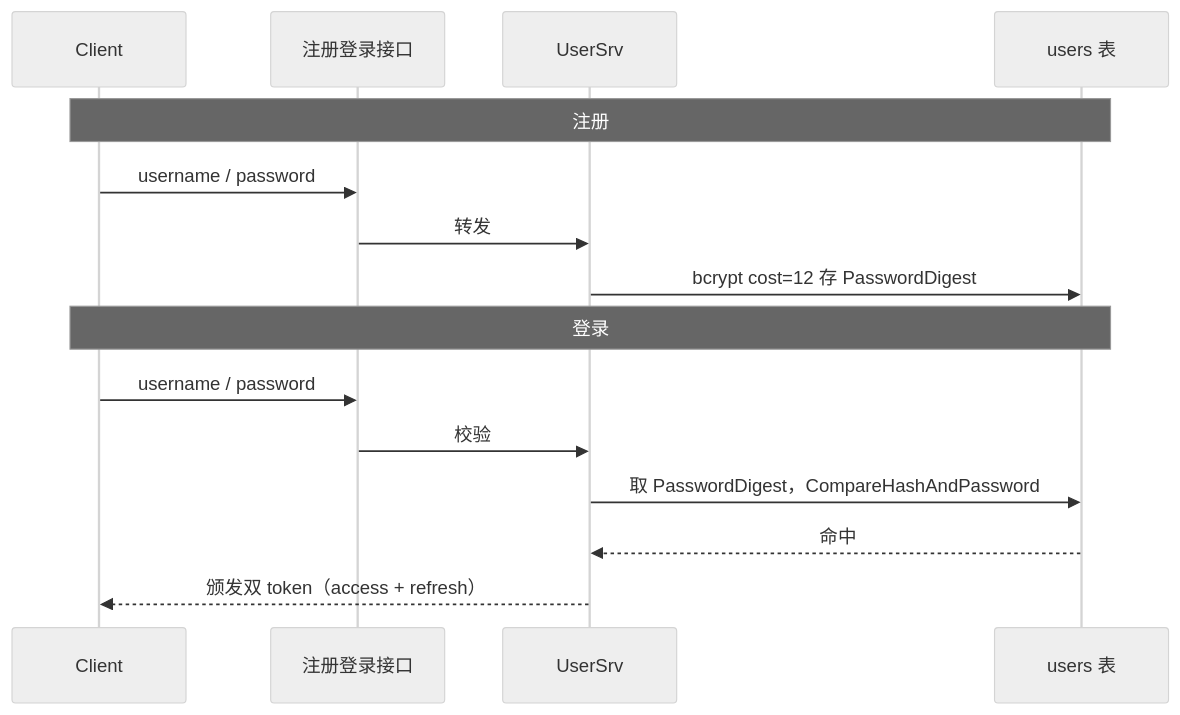
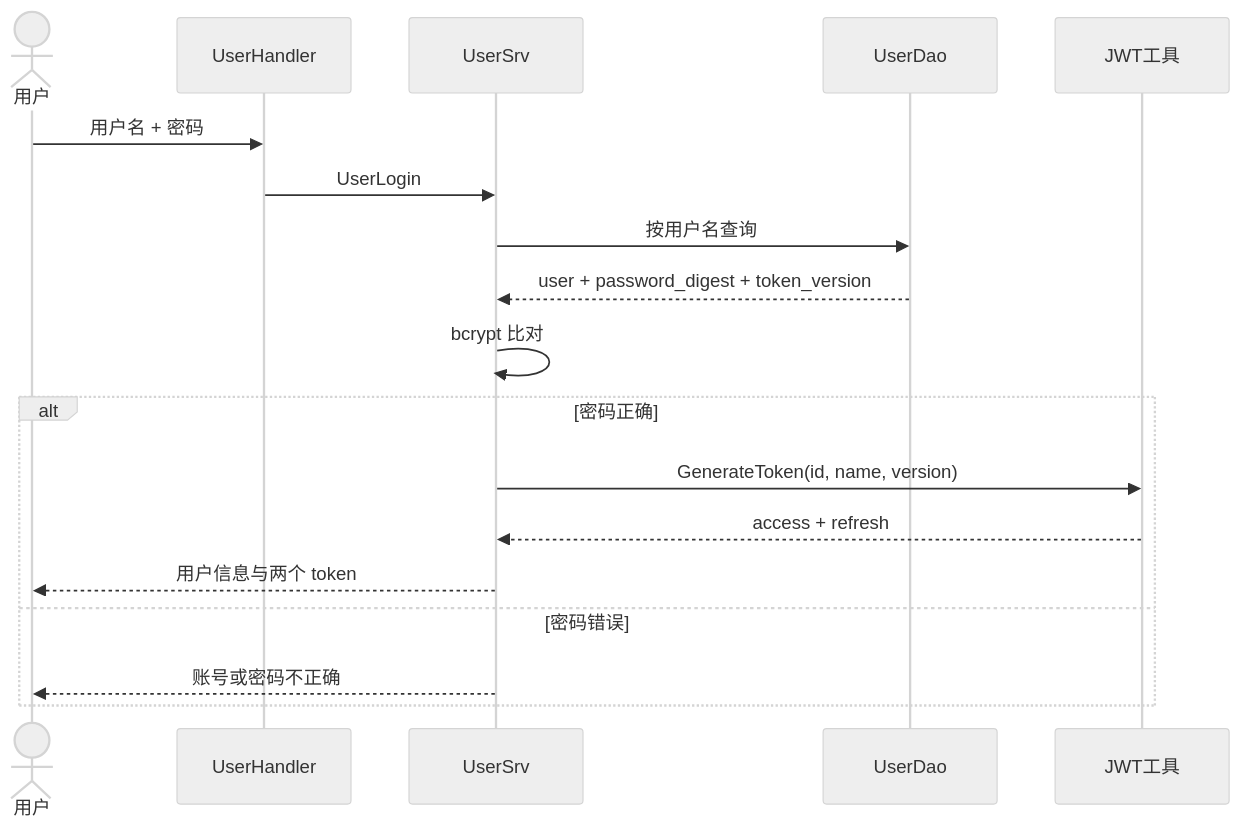
One commit to RedInn7/gomall changed the second of 4 diagrams in docs/lecture/01-user-auth.md. Above: the diagram before and after it, drawn with Mermaid (neutral theme). The commit also changed other lines of this file and 2 other files, not shown here.

````diff
--- a/docs/lecture/01-user-auth.md
+++ b/docs/lecture/01-user-auth.md
@@ -306,19 +97,20 @@
 ```mermaid
 sequenceDiagram
-    participant C as Client
-    participant API as 注册登录接口
+    actor U as 用户
+    participant H as UserHandler
     participant S as UserSrv
-    participant DB as users 表
-
-    Note over C,DB: 注册
-    C->>API: username / password
-    API->>S: 转发
-    S->>DB: bcrypt cost=12 存 PasswordDigest
-
-    Note over C,DB: 登录
-    C->>API: username / password
-    API->>S: 校验
-    S->>DB: 取 PasswordDigest，CompareHashAndPassword
-    DB-->>S: 命中
-    S-->>C: 颁发双 token（access + refresh）
+    participant D as UserDao
+    participant J as JWT工具
+    U->>H: 用户名 + 密码
+    H->>S: UserLogin
+    S->>D: 按用户名查询
+    D-->>S: user + password_digest + token_version
+    S->>S: bcrypt 比对
+    alt 密码正确
+        S->>J: GenerateToken(id, name, version)
+        J-->>S: access + refresh
+        S-->>U: 用户信息与两个 token
+    else 密码错误
+        S-->>U: 账号或密码不正确
+    end
 ```
````
